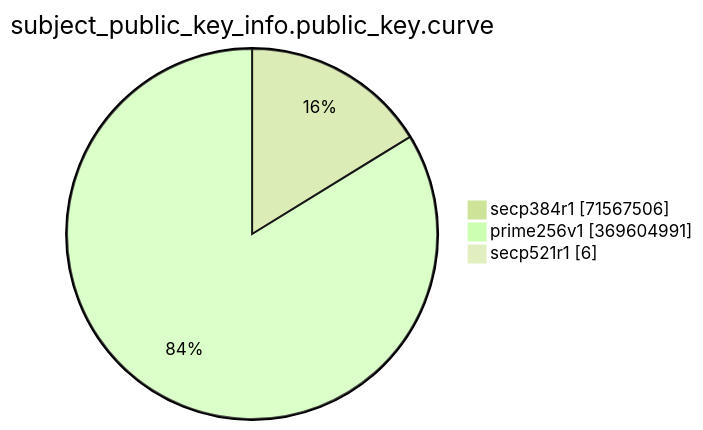
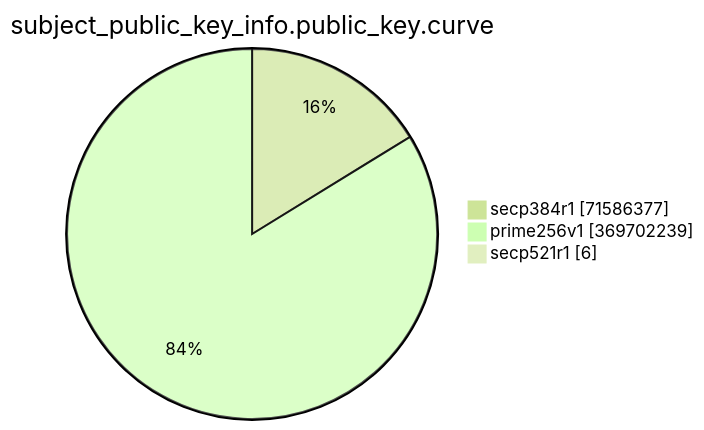
The eighth of 15 diagrams in TOTAL/README.md (christiankrug/ctmonitor_visualization), drawn with Mermaid (forest theme) before and after one commit. The commit also changed other lines of this file, not shown here.

````diff
--- a/TOTAL/README.md
+++ b/TOTAL/README.md
@@ -3092,7 +3092,7 @@
 ```mermaid
 pie showData
 title subject_public_key_info.public_key.curve
-"secp384r1" :71567506
-"prime256v1" :369604991
+"secp384r1" :71586377
+"prime256v1" :369702239
 "secp521r1" :6
 ```
````
